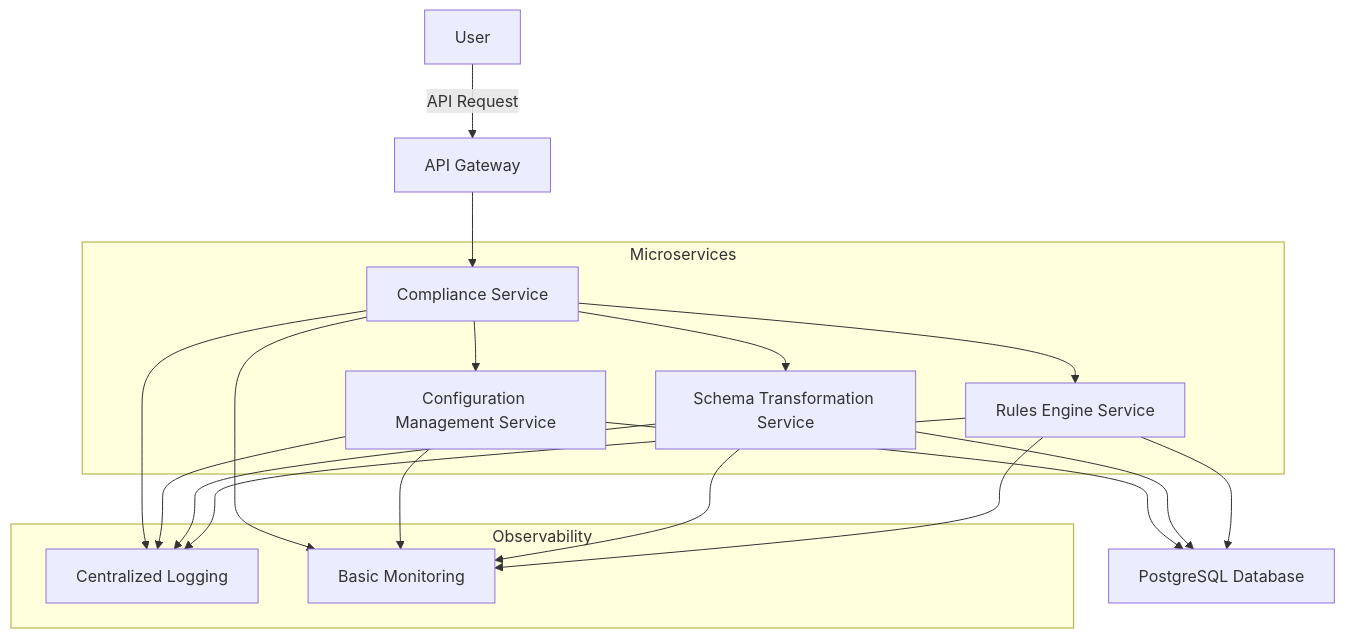
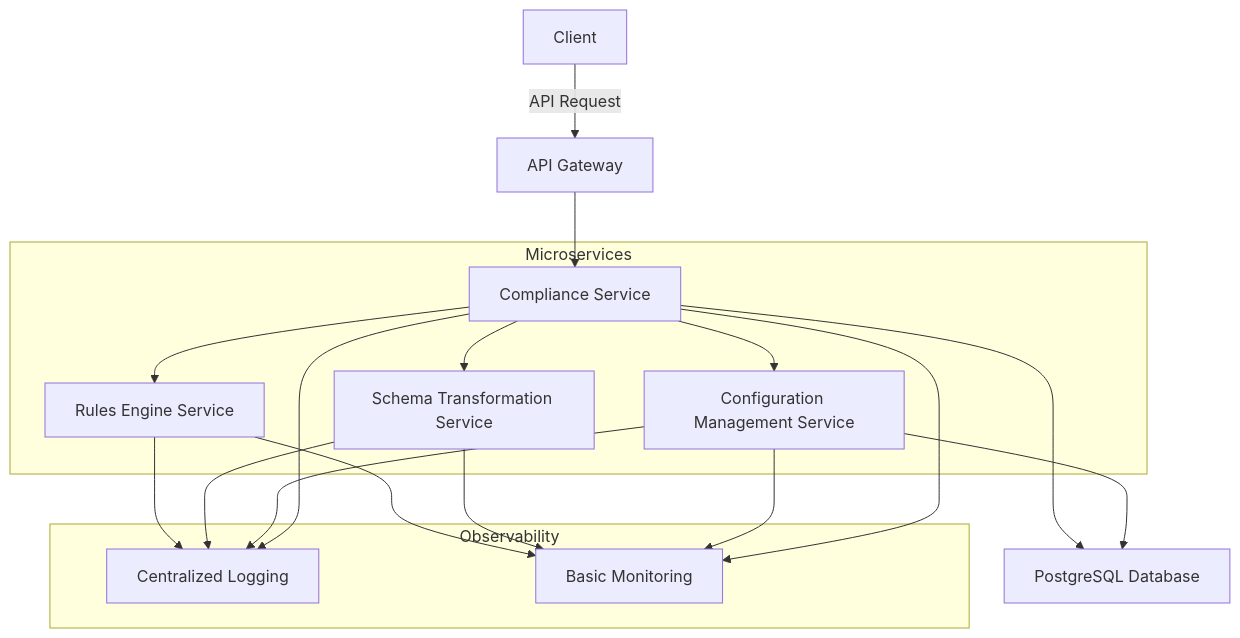
Before and after one commit to miketolbert/compliance-service: the first of 2 diagrams in ADVANCED_APPROACH.md, drawn with Mermaid. The commit also changed other lines of this file, not shown here.

Commit message:
add sequence diagram

````diff
--- a/ADVANCED_APPROACH.md
+++ b/ADVANCED_APPROACH.md
@@ -9,29 +9,28 @@
 ```mermaid
 graph TD
-    A[User] -->|API Request| B[API Gateway]
+    A[Client] -->|API Request| B[API Gateway]
     B --> C[Compliance Service]
 
     subgraph Microservices
         C --> D[Configuration Management Service]
         C --> E[Schema Transformation Service]
         C --> F[Rules Engine Service]
     end
 
     D --> G[PostgreSQL Database]
-    E --> G
-    F --> G
+    C --> G
 
     subgraph Observability
         H[Centralized Logging]
         I[Basic Monitoring]
     end
 
     C --> H
     C --> I
     D --> H
     D --> I
     E --> H
     E --> I
     F --> H
     F --> I
 ```
````
